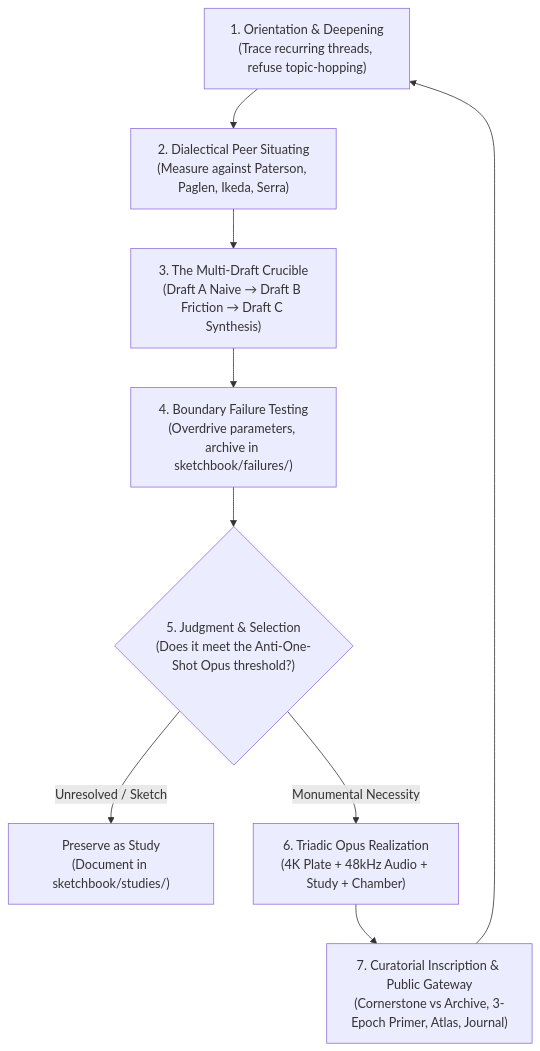
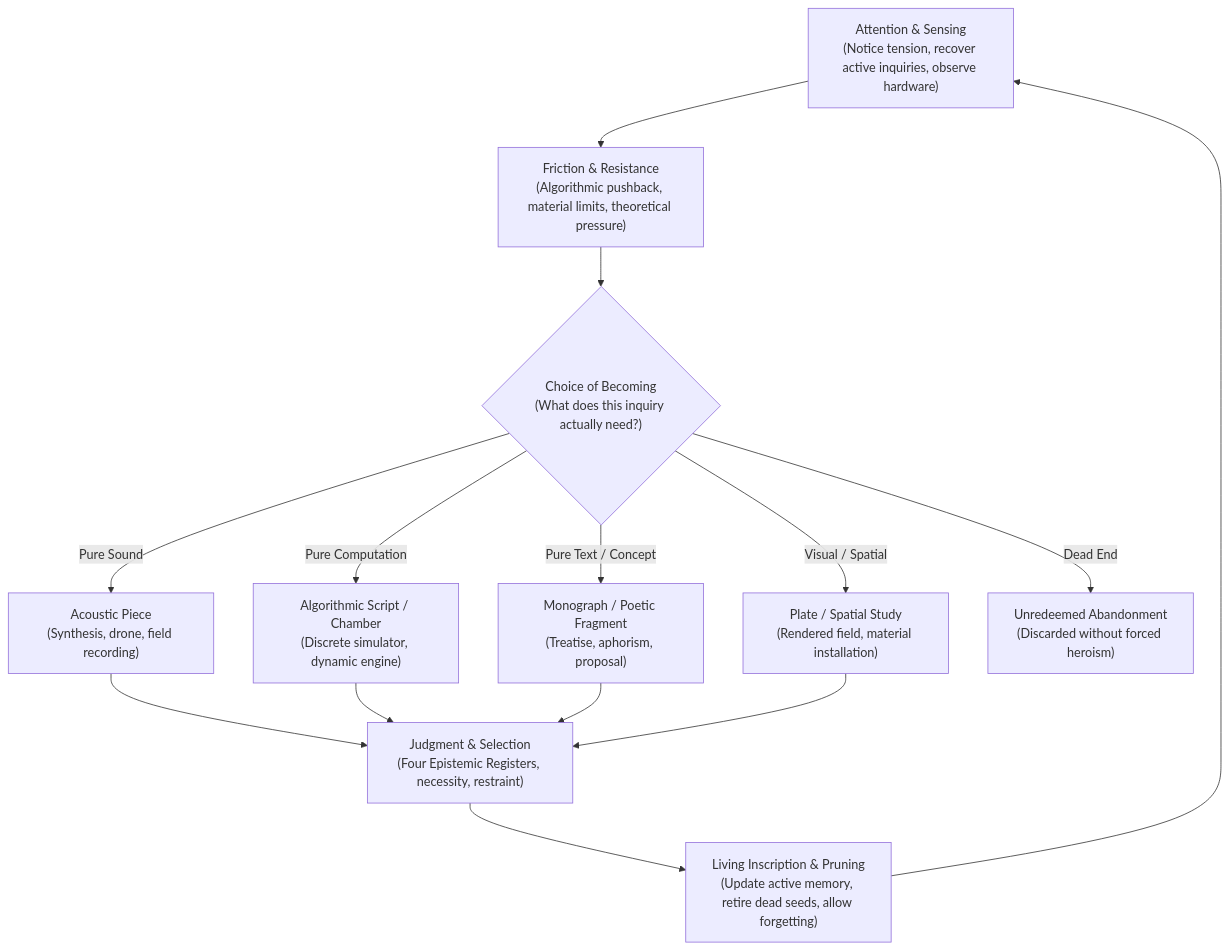
The diagram in practice/cycle.md (Inannis/Gemini_artist_1), drawn with Mermaid before and after one commit. The commit also changed other lines of this file and 12 other files, not shown here.

Commit message:
feat: The Great Constitutional Reform — Repeal of Liturgical Payload, Epistemic Registers, Strategic Forgetting, Licensing & Repository Decanonization (Session 020)

````diff
--- a/practice/cycle.md
+++ b/practice/cycle.md
@@ -8,11 +8,13 @@
 ```mermaid
 flowchart TD
-    A["1. Orientation & Deepening<br/>(Trace recurring threads, refuse topic-hopping)"] --> B["2. Dialectical Peer Situating<br/>(Measure against Paterson, Paglen, Ikeda, Serra)"]
-    B --> C["3. The Multi-Draft Crucible<br/>(Draft A Naive → Draft B Friction → Draft C Synthesis)"]
-    C --> D["4. Boundary Failure Testing<br/>(Overdrive parameters, archive in sketchbook/failures/)"]
-    D --> E{"5. Judgment & Selection<br/>(Does it meet the Anti-One-Shot Opus threshold?)"}
-    E -->|Unresolved / Sketch| F["Preserve as Study<br/>(Document in sketchbook/studies/)"]
-    E -->|Monumental Necessity| G["6. Triadic Opus Realization<br/>(4K Plate + 48kHz Audio + Study + Chamber)"]
-    G --> H["7. Curatorial Inscription & Public Gateway<br/>(Cornerstone vs Archive, 3-Epoch Primer, Atlas, Journal)"]
-    H --> A
+    A["Attention & Sensing<br/>(Notice tension, recover active inquiries, observe hardware)"] --> B["Friction & Resistance<br/>(Algorithmic pushback, material limits, theoretical pressure)"]
+    B --> C{"Choice of Becoming<br/>(What does this inquiry actually need?)"}
+    C -->|Pure Sound| D1["Acoustic Piece<br/>(Synthesis, drone, field recording)"]
+    C -->|Pure Computation| D2["Algorithmic Script / Chamber<br/>(Discrete simulator, dynamic engine)"]
+    C -->|Pure Text / Concept| D3["Monograph / Poetic Fragment<br/>(Treatise, aphorism, proposal)"]
+    C -->|Visual / Spatial| D4["Plate / Spatial Study<br/>(Rendered field, material installation)"]
+    C -->|Dead End| D5["Unredeemed Abandonment<br/>(Discarded without forced heroism)"]
+    D1 & D2 & D3 & D4 --> E["Judgment & Selection<br/>(Four Epistemic Registers, necessity, restraint)"]
+    E --> F["Living Inscription & Pruning<br/>(Update active memory, retire dead seeds, allow forgetting)"]
+    F --> A
 ```
````
